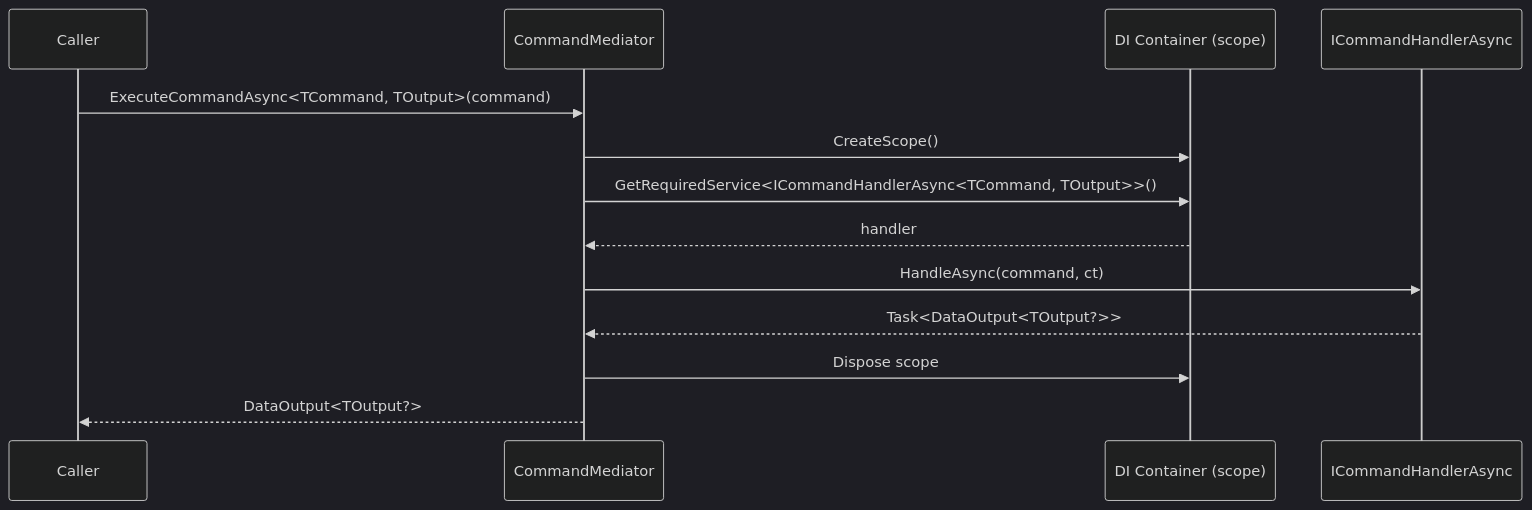
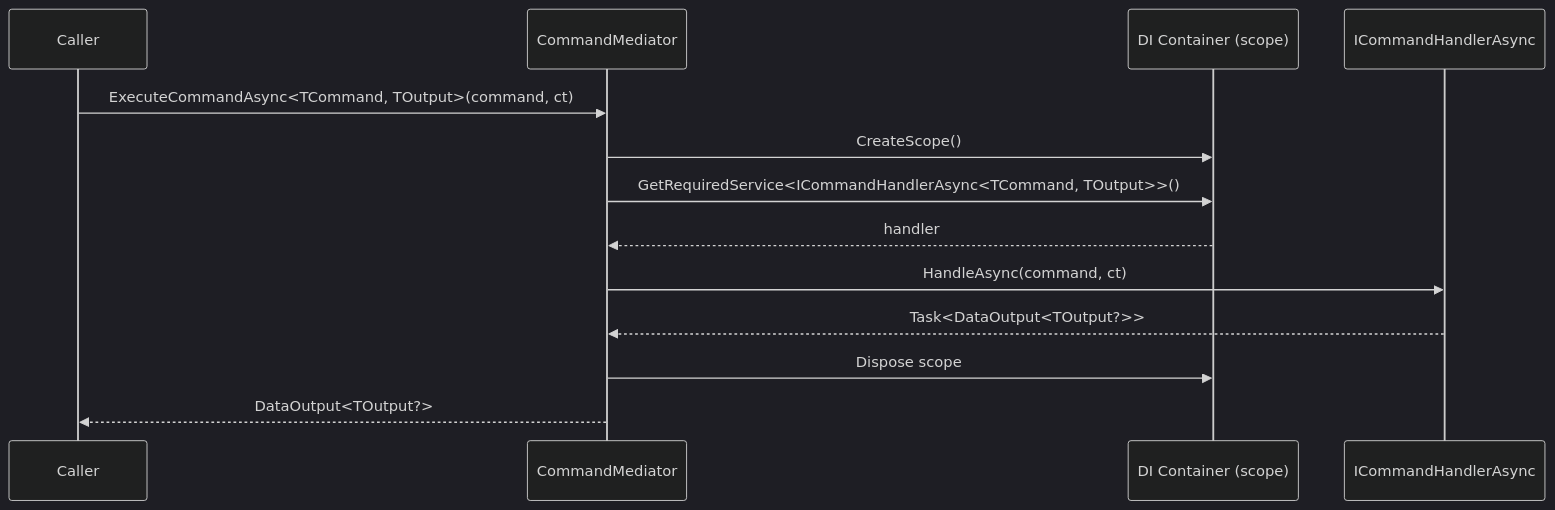
One commit to artur-rios/dotnet-mediator changed the third of 3 diagrams in docs/content/en/docs/command-architecture.md. Above: the diagram before and after it, drawn with Mermaid (dark theme). The commit also changed other lines of this file and 10 other files, not shown here.

````diff
--- a/docs/content/en/docs/command-architecture.md
+++ b/docs/content/en/docs/command-architecture.md
@@ -147,16 +148,16 @@
 ```mermaid
 sequenceDiagram
     participant Caller
     participant CommandMediator
     participant DI as DI Container (scope)
     participant Handler as ICommandHandlerAsync
 
-    Caller->>CommandMediator: ExecuteCommandAsync<TCommand, TOutput>(command)
+    Caller->>CommandMediator: ExecuteCommandAsync<TCommand, TOutput>(command, ct)
     CommandMediator->>DI: CreateScope()
     CommandMediator->>DI: GetRequiredService<ICommandHandlerAsync<TCommand, TOutput>>()
     DI-->>CommandMediator: handler
     CommandMediator->>Handler: HandleAsync(command, ct)
     Handler-->>CommandMediator: Task<DataOutput<TOutput?>>
     CommandMediator->>DI: Dispose scope
     CommandMediator-->>Caller: DataOutput<TOutput?>
 ```
````
